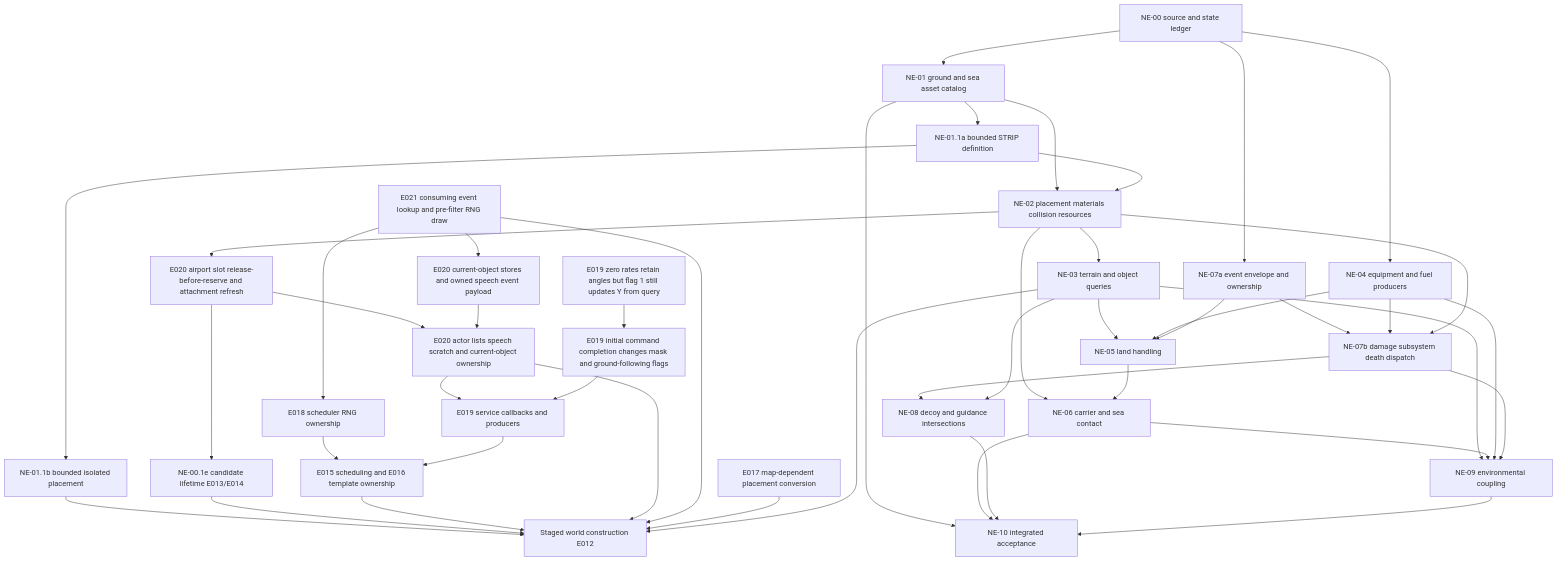
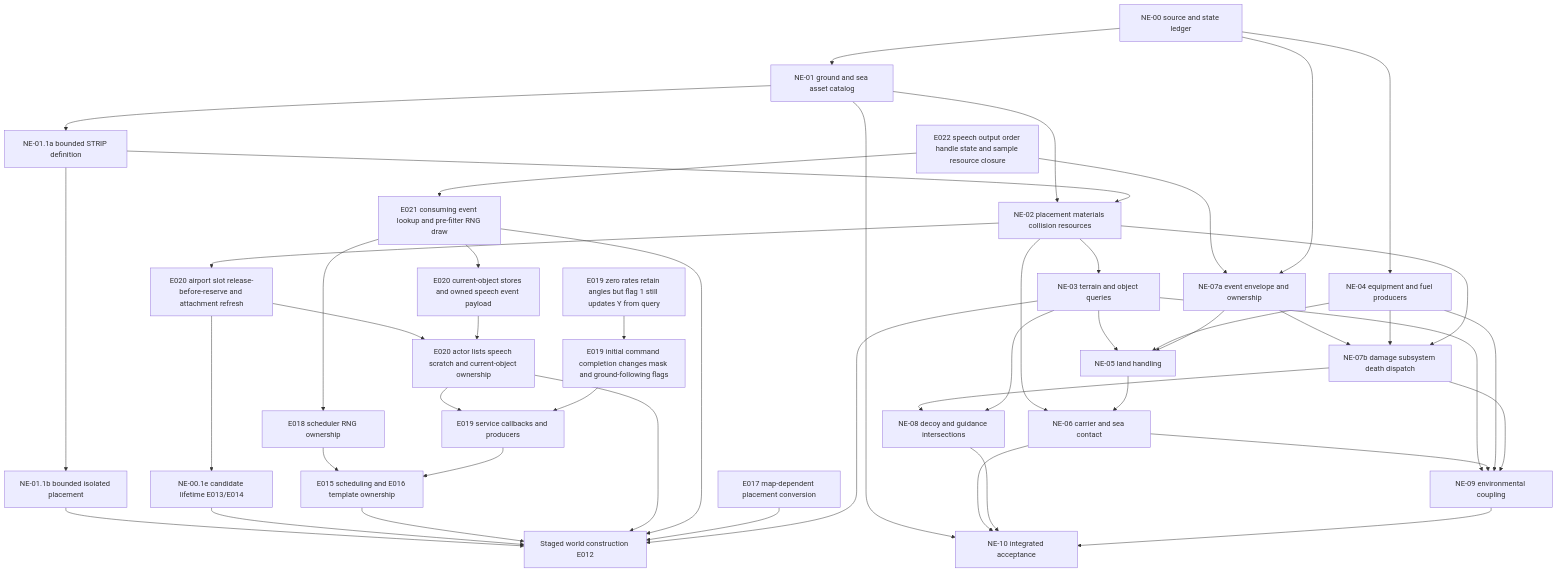
One commit to john-overton/T.O.R.E-Fighters changed the diagram in docs/native-environment-systems-plan.md. Above: the diagram before and after it, drawn with Mermaid. The commit also changed other lines of this file and 4 other files, not shown here.

````diff
--- a/docs/native-environment-systems-plan.md
+++ b/docs/native-environment-systems-plan.md
@@ -176,47 +178,49 @@
 ```mermaid
 flowchart TD
   A[NE-00 source and state ledger] --> B[NE-01 ground and sea asset catalog]
   B --> C[NE-02 placement materials collision resources]
   B --> O[NE-01.1a bounded STRIP definition]
   O --> Q[NE-01.1b bounded isolated placement]
   Q --> W
   O --> C
   C --> S[NE-00.1d STRIP metadata]
   S --> R[NE-00.1e candidate lifetime E013/E014]
   R --> W[Staged world construction E012]
   T[E015 scheduling and E016 template ownership] --> W
   U[E018 scheduler RNG ownership] --> T
   P[E019 service callbacks and producers] --> T
   Y[E020 actor lists speech scratch and current-object ownership] --> P
   Y --> W
   S[E020 airport slot release-before-reserve and attachment refresh] --> Y
   Z[E020 current-object stores and owned speech event payload] --> Y
   EE[E021 consuming event lookup and pre-filter RNG draw] --> Z
   EE --> U
   EE --> W
+  SO[E022 speech output order handle state and sample resource closure] --> EE
+  SO --> E
   CC[E019 initial command completion changes mask and ground-following flags] --> P
   CM[E019 zero rates retain angles but flag 1 still updates Y from query] --> CC
   V[E017 map-dependent placement conversion] --> W
   F --> W
   A --> D[NE-04 equipment and fuel producers]
   A --> E[NE-07a event envelope and ownership]
   C --> F[NE-03 terrain and object queries]
   F --> G[NE-05 land handling]
   D --> G
   E --> G
   C --> H[NE-06 carrier and sea contact]
   G --> H
   E --> I[NE-07b damage subsystem death dispatch]
   D --> I
   C --> I
   I --> J[NE-08 decoy and guidance intersections]
   F --> J
   F --> K[NE-09 environmental coupling]
   H --> K
   D --> K
   I --> K
   B --> L[NE-10 integrated acceptance]
   H --> L
   J --> L
   K --> L
 ```
````
